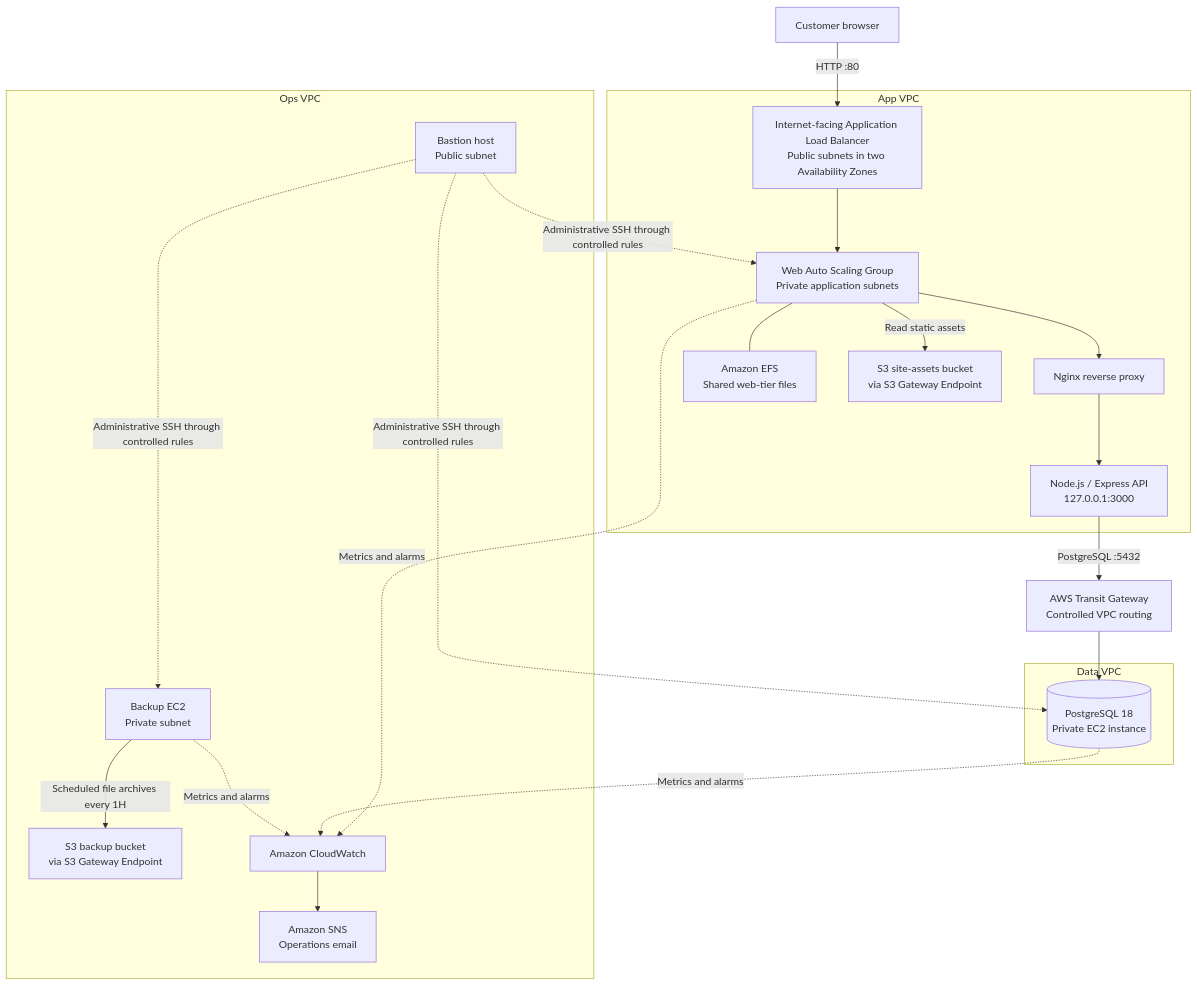
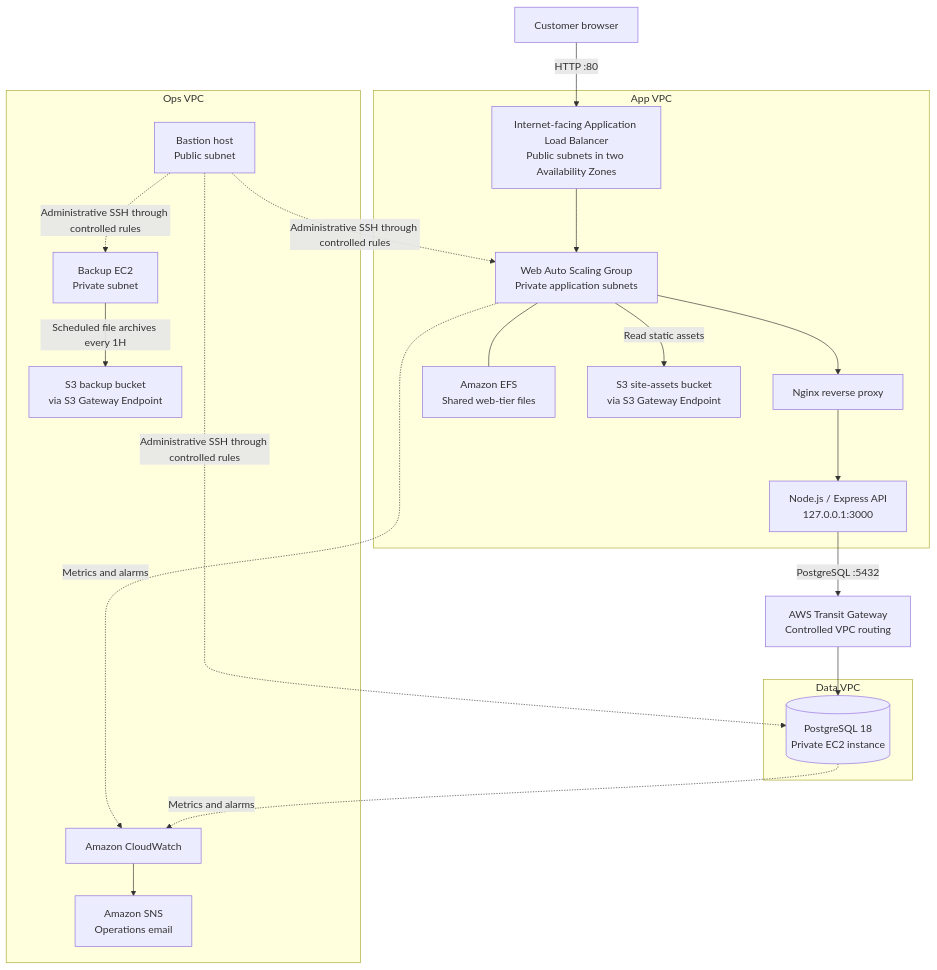
Before and after one commit to ahmadraafat22/CloudNova: the diagram in README.md, drawn with Mermaid.

````diff
--- a/README.md
+++ b/README.md
@@ -74,35 +74,34 @@
 ```mermaid
 flowchart TB
     U[Customer browser] -->|HTTP :80| ALB[Internet-facing Application Load Balancer\nPublic subnets in two Availability Zones]
 
     subgraph APP[App VPC]
         ALB --> ASG[Web Auto Scaling Group\nPrivate application subnets]
         ASG --> N[Nginx reverse proxy]
         N --> API[Node.js / Express API\n127.0.0.1:3000]
         ASG --- EFS[Amazon EFS\nShared web-tier files]
         ASG -->|Read static assets| S3SITE[S3 site-assets bucket\nvia S3 Gateway Endpoint]
     end
 
     subgraph DATA[Data VPC]
         DB[(PostgreSQL 18\nPrivate EC2 instance)]
     end
 
     subgraph OPS[Ops VPC]
         B[Bastion host\nPublic subnet]
         BK[Backup EC2\nPrivate subnet]
         S3BACKUP[S3 backup bucket\nvia S3 Gateway Endpoint]
         CW[Amazon CloudWatch]
         SNS[Amazon SNS\nOperations email]
         BK -->|Scheduled file archives every 1H| S3BACKUP
         CW --> SNS
     end
 
     API -->|PostgreSQL :5432| TGW[AWS Transit Gateway\nControlled VPC routing]
     TGW --> DB
     B -. Administrative SSH through controlled rules .-> ASG
     B -. Administrative SSH through controlled rules .-> DB
     B -. Administrative SSH through controlled rules .-> BK
     ASG -. Metrics and alarms .-> CW
     DB -. Metrics and alarms .-> CW
-    BK -. Metrics and alarms .-> CW
 ```
````
